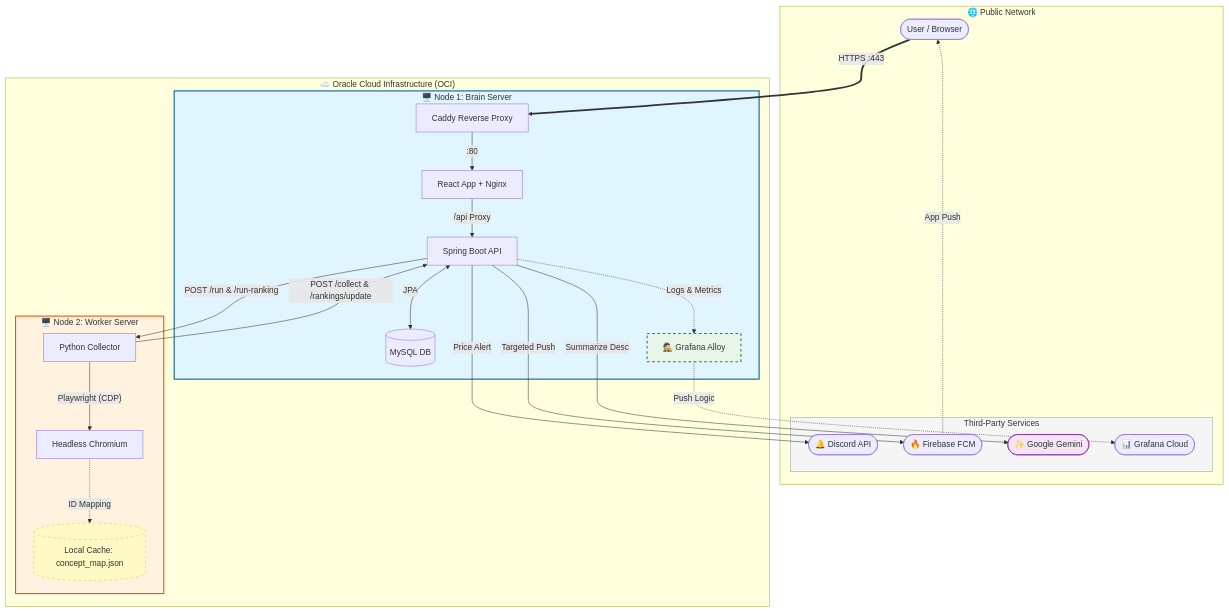
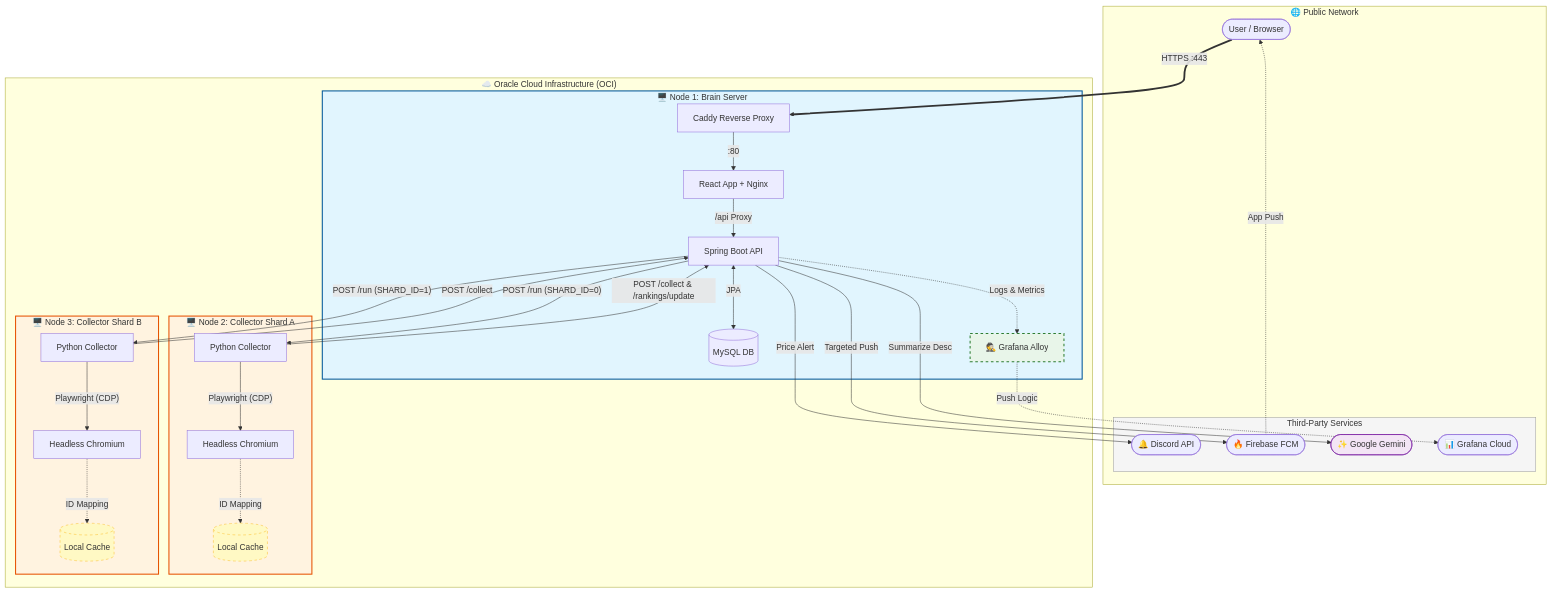
The diagram in msa/apps/README.md (ygpark11/backend-lab), drawn with Mermaid before and after one commit. The commit also changed other lines of this file and 3 other files, not shown here.

````diff
--- a/msa/apps/README.md
+++ b/msa/apps/README.md
@@ -65,66 +42,79 @@
 ```mermaid
 graph TD
     %% --- [External Network] ---
     subgraph Public_Network ["🌐 Public Network"]
         User([User / Browser])
         
         subgraph External_Services ["Third-Party Services"]
             Discord([🔔 Discord API])
             FCM([🔥 Firebase FCM])
             Gemini([✨ Google Gemini])
             Grafana([📊 Grafana Cloud])
         end
     end
 
     %% --- [Oracle Cloud Infrastructure] ---
     subgraph Oracle_Cloud ["☁️ Oracle Cloud Infrastructure (OCI)"]
         
         %% Node 1: Brain (Main Server)
         subgraph Node_1 ["🖥️ Node 1: Brain Server"]
             Caddy[Caddy Reverse Proxy]
             Front[React App + Nginx]
             SB[Spring Boot API]
             MySQL[(MySQL DB)]
             Alloy[🕵️ Grafana Alloy]
         end
 
-        %% Node 2: Hand (Worker Server)
-        subgraph Node_2 ["🖥️ Node 2: Worker Server"]
+        %% Node 2: Collector Shard A (SHARD_ID=0)
+        subgraph Node_2 ["🖥️ Node 2: Collector Shard A"]
             Py[Python Collector]
             Browser[Headless Chromium]
-            Cache[(Local Cache: concept_map.json)]
+            Cache[(Local Cache)]
+        end
+
+        %% Node 3: Collector Shard B (SHARD_ID=1)
+        subgraph Node_3 ["🖥️ Node 3: Collector Shard B"]
+            Py3[Python Collector]
+            Browser3[Headless Chromium]
+            Cache3[(Local Cache)]
         end
 
         %% --- [Connections: Inbound] ---
         User ==>|HTTPS :443| Caddy
         Caddy -->|:80| Front
         Front -->|/api Proxy| SB
         
         %% --- [Connections: Internal Logic] ---
         SB <-->|JPA| MySQL
         
-        %% Private Network Communication (Brain <-> Hand)
-        SB --"POST /run & /run-ranking"--> Py
+        %% Private Network Communication (Brain -> Collector Shards)
+        SB --"POST /run (SHARD_ID=0)"--> Py
+        SB --"POST /run (SHARD_ID=1)"--> Py3
         Py --"Playwright (CDP)"--> Browser
+        Py3 --"Playwright (CDP)"--> Browser3
         Browser -.->|ID Mapping| Cache
+        Browser3 -.->|ID Mapping| Cache3
         Py --"POST /collect & /rankings/update"--> SB
+        Py3 --"POST /collect"--> SB
 
         %% --- [Connections: Outbound / Observability] ---
         SB -.->|Logs & Metrics| Alloy
         Alloy -.->|Push Logic| Grafana
         
         %% --- [Connections: External APIs] ---
         SB --"Price Alert"--> Discord
         SB --"Targeted Push"--> FCM
         SB --"Summarize Desc"--> Gemini
         FCM -.->|App Push| User
     end
 
     %% --- [Styling] ---
     style Node_1 fill:#e1f5fe,stroke:#01579b,stroke-width:2px
     style Node_2 fill:#fff3e0,stroke:#e65100,stroke-width:2px
+    style Node_3 fill:#fff3e0,stroke:#e65100,stroke-width:2px
     style Cache fill:#fff9c4,stroke:#fbc02d,stroke-width:1px,stroke-dasharray: 5 5
+    style Cache3 fill:#fff9c4,stroke:#fbc02d,stroke-width:1px,stroke-dasharray: 5 5
     style Alloy fill:#e8f5e9,stroke:#2e7d32,stroke-width:2px,stroke-dasharray: 5 5
     style External_Services fill:#f5f5f5,stroke:#9e9e9e,stroke-width:1px
     style Gemini fill:#f3e5f5,stroke:#7b1fa2,stroke-width:1px
 ```
````
